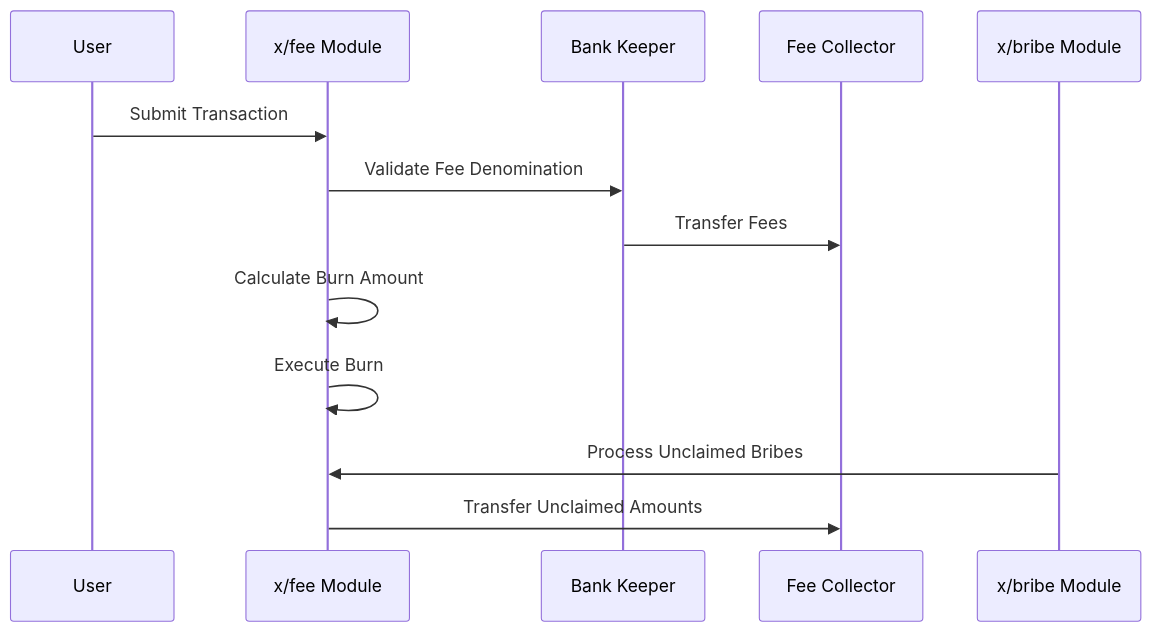
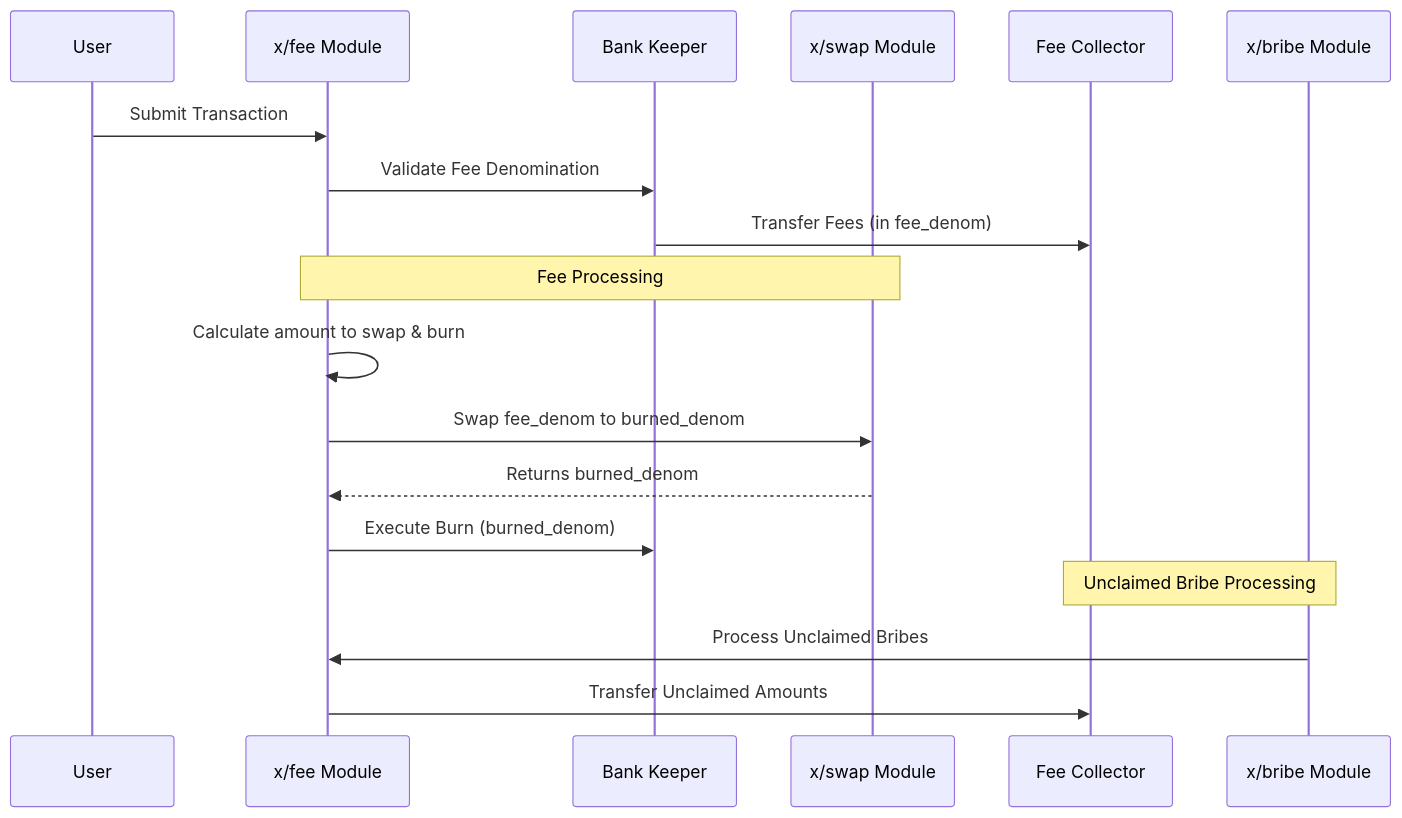
The diagram in learn/sunrise/fee.md (sunriselayer/gitbook), drawn with Mermaid before and after one commit. The commit also changed other lines of this file, not shown here.

Commit message:
feat: update fee module

````diff
--- a/learn/sunrise/fee.md
+++ b/learn/sunrise/fee.md
@@ -55,16 +56,23 @@
 ```mermaid
 sequenceDiagram
     participant User
     participant FeeModule as x/fee Module
     participant BankKeeper as Bank Keeper
+    participant SwapModule as x/swap Module
     participant FeeCollector as Fee Collector
     participant BribeModule as x/bribe Module
 
     User->>FeeModule: Submit Transaction
     FeeModule->>BankKeeper: Validate Fee Denomination
-    BankKeeper->>FeeCollector: Transfer Fees
-    FeeModule->>FeeModule: Calculate Burn Amount
-    FeeModule->>FeeModule: Execute Burn
+    BankKeeper->>FeeCollector: Transfer Fees (in fee_denom)
+    
+    note over FeeModule, SwapModule: Fee Processing
+    FeeModule->>FeeModule: Calculate amount to swap & burn
+    FeeModule->>SwapModule: Swap fee_denom to burned_denom
+    SwapModule-->>FeeModule: Returns burned_denom
+    FeeModule->>BankKeeper: Execute Burn (burned_denom)
+
+    note over BribeModule, FeeCollector: Unclaimed Bribe Processing
     BribeModule->>FeeModule: Process Unclaimed Bribes
     FeeModule->>FeeCollector: Transfer Unclaimed Amounts
 ```
````
